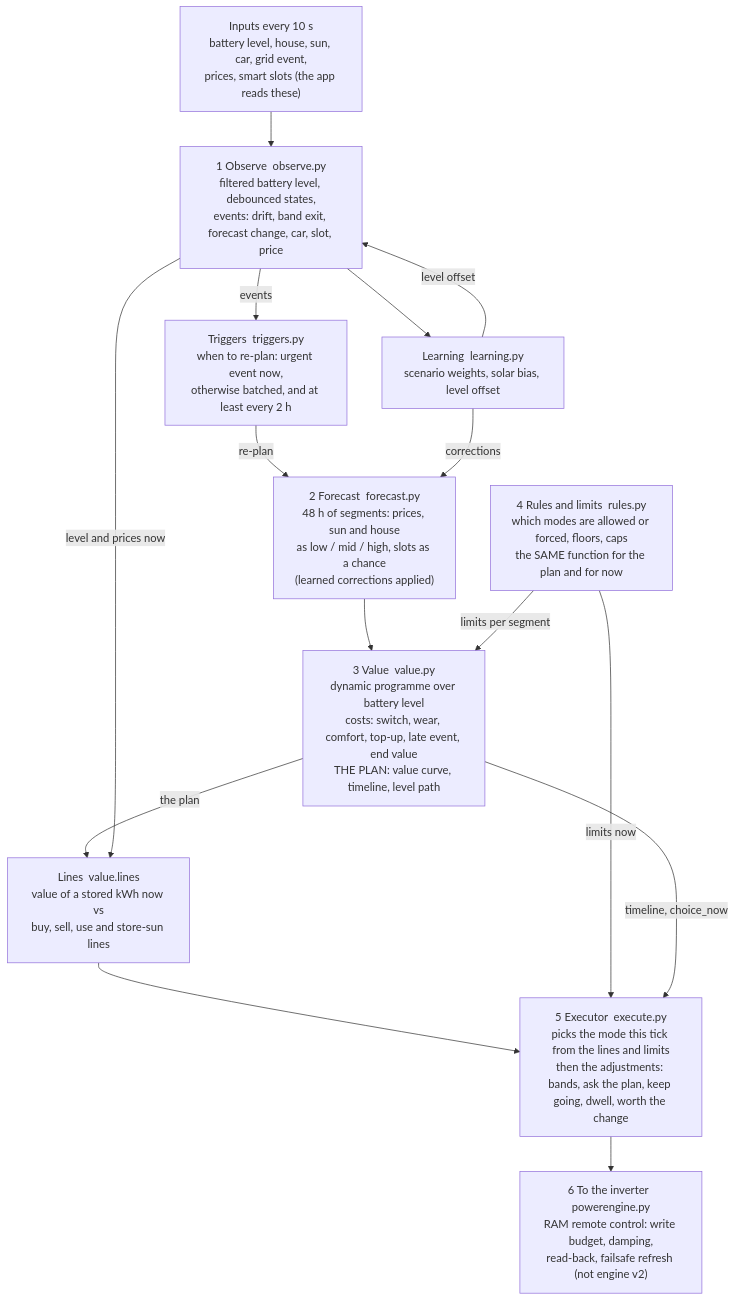
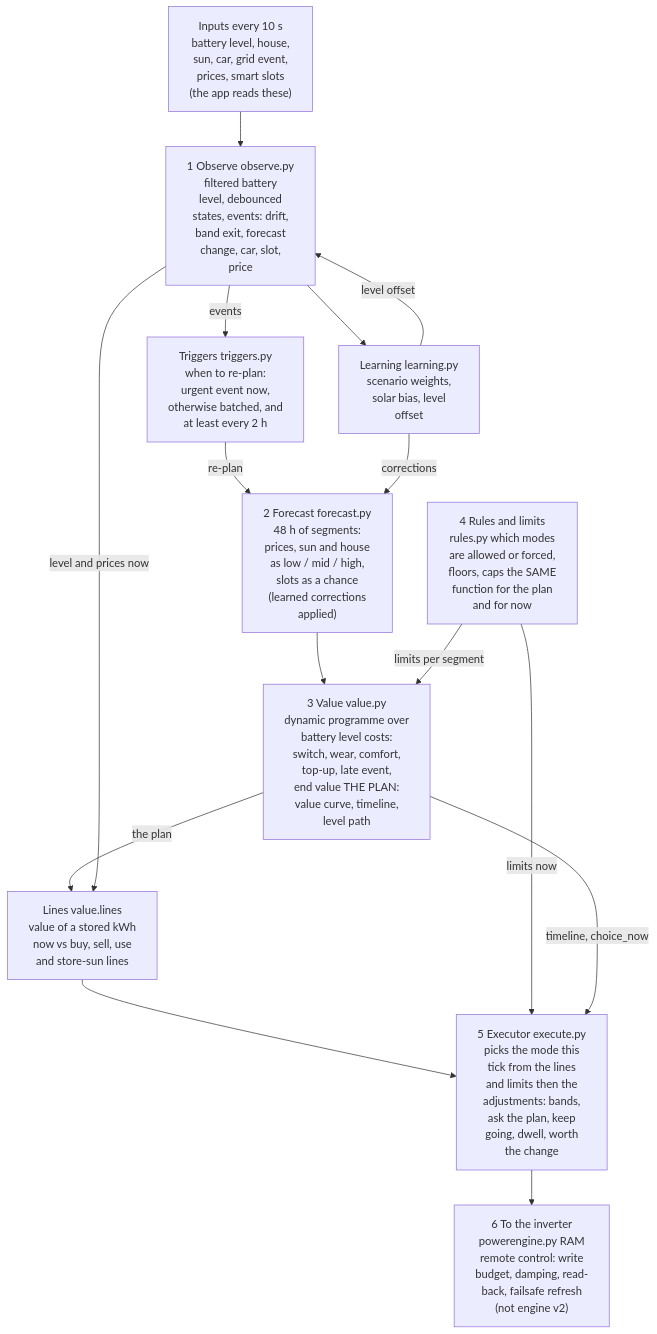
Before and after one commit to durkimat/ha-powerengine-controller: the first of 2 diagrams in docs/plans/engine-v2-architecture.md, drawn with Mermaid. The commit also changed other lines of this file and 2 other files, not shown here.

First line of the commit message:
docs: architecture diagrams as images (GitHub mobile does not draw Mermaid)

````diff
--- a/docs/plans/engine-v2-architecture.md
+++ b/docs/plans/engine-v2-architecture.md
@@ -24,28 +28,28 @@
 ```mermaid
 flowchart TD
-    IN["Inputs every 10 s<br/>battery level, house, sun, car, grid event,<br/>prices, smart slots (the app reads these)"]
-    OBS["1 Observe  observe.py<br/>filtered battery level, debounced states,<br/>events: drift, band exit, forecast change, car, slot, price"]
-    TRG["Triggers  triggers.py<br/>when to re-plan: urgent event now,<br/>otherwise batched, and at least every 2 h"]
-    FC["2 Forecast  forecast.py<br/>48 h of segments: prices, sun and house<br/>as low / mid / high, slots as a chance<br/>(learned corrections applied)"]
-    LIM["4 Rules and limits  rules.py<br/>which modes are allowed or forced, floors, caps<br/>the SAME function for the plan and for now"]
-    VAL["3 Value  value.py<br/>dynamic programme over battery level<br/>costs: switch, wear, comfort, top-up, late event, end value<br/>THE PLAN: value curve, timeline, level path"]
-    LNS["Lines  value.lines<br/>value of a stored kWh now vs<br/>buy, sell, use and store-sun lines"]
-    EXE["5 Executor  execute.py<br/>picks the mode this tick from the lines and limits<br/>then the adjustments: bands, ask the plan, keep going, dwell, worth the change"]
-    LRN["Learning  learning.py<br/>scenario weights, solar bias, level offset"]
-    OUT["6 To the inverter  powerengine.py<br/>RAM remote control: write budget, damping,<br/>read-back, failsafe refresh (not engine v2)"]
+    IN["Inputs every 10 s<br/>battery level, house,<br/>sun, car, grid event,<br/>prices, smart slots<br/>(the app reads these)"]
+    OBS["1 Observe observe.py<br/>filtered battery<br/>level, debounced<br/>states, events: drift,<br/>band exit, forecast<br/>change, car, slot,<br/>price"]
+    TRG["Triggers triggers.py<br/>when to re-plan:<br/>urgent event now,<br/>otherwise batched, and<br/>at least every 2 h"]
+    FC["2 Forecast forecast.py<br/>48 h of segments:<br/>prices, sun and house<br/>as low / mid / high,<br/>slots as a chance<br/>(learned corrections<br/>applied)"]
+    LIM["4 Rules and limits<br/>rules.py which modes<br/>are allowed or forced,<br/>floors, caps the SAME<br/>function for the plan<br/>and for now"]
+    VAL["3 Value value.py<br/>dynamic programme over<br/>battery level costs:<br/>switch, wear, comfort,<br/>top-up, late event,<br/>end value THE PLAN:<br/>value curve, timeline,<br/>level path"]
+    LNS["Lines value.lines<br/>value of a stored kWh<br/>now vs buy, sell, use<br/>and store-sun lines"]
+    EXE["5 Executor execute.py<br/>picks the mode this<br/>tick from the lines<br/>and limits then the<br/>adjustments: bands,<br/>ask the plan, keep<br/>going, dwell, worth<br/>the change"]
+    LRN["Learning learning.py<br/>scenario weights,<br/>solar bias, level<br/>offset"]
+    OUT["6 To the inverter<br/>powerengine.py RAM<br/>remote control: write<br/>budget, damping, read-<br/>back, failsafe refresh<br/>(not engine v2)"]
 
     IN --> OBS
     OBS -->|events| TRG
     TRG -->|re-plan| FC
     FC --> VAL
     LIM -->|limits per segment| VAL
     VAL -->|the plan| LNS
     OBS -->|level and prices now| LNS
     LNS --> EXE
     LIM -->|limits now| EXE
     VAL -->|timeline, choice_now| EXE
     EXE --> OUT
     OBS --> LRN
     LRN -->|corrections| FC
     LRN -->|level offset| OBS
 ```
````
